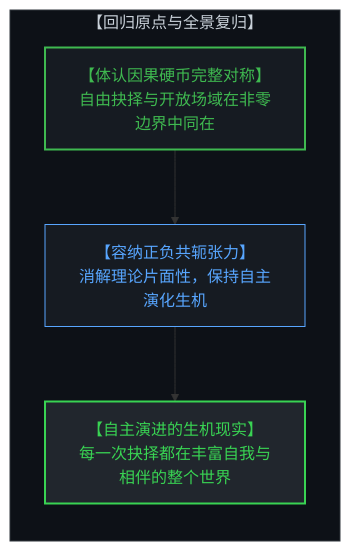
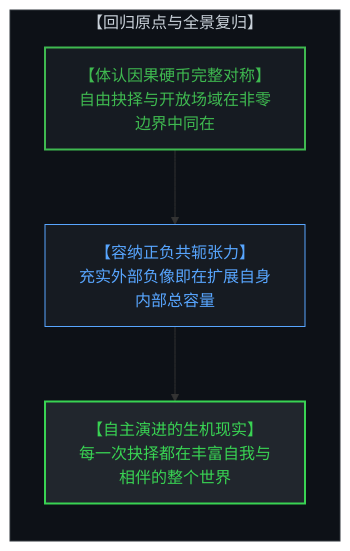
Before and after one commit to powerpig99/not-a-toe: the sixth of 6 diagrams in content/posts/the-geometry-of-coexistence-and-the-dual-cut.md, drawn with Mermaid. The commit also changed other lines of this file and 3 other files, not shown here.

````diff
--- a/content/posts/the-geometry-of-coexistence-and-the-dual-cut.md
+++ b/content/posts/the-geometry-of-coexistence-and-the-dual-cut.md
@@ -190,15 +204,15 @@
 ```mermaid
 graph TD
     subgraph GenerativeTension["【回归原点与全景复归】"]
         direction TB
         RecognizeCoPresence["【体认因果硬币完整对称】<br>自由抉择与开放场域在非零边界中同在"]
-        HoldLivingTension["【容纳正负共轭张力】<br>消解理论片面性，保持自主演化生机"]
+        HoldLivingTension["【容纳正负共轭张力】<br>充实外部负像即在扩展自身内部总容量"]
         EvolvingReality["【自主演进的生机现实】<br>每一次抉择都在丰富自我与相伴的整个世界"]
         RecognizeCoPresence --> HoldLivingTension
         HoldLivingTension --> EvolvingReality
     end
     style GenerativeTension fill:#0d1117,stroke:#30363d,stroke-width:1px,color:#c9d1d9
     style RecognizeCoPresence fill:#161b22,stroke:#3fb950,stroke-width:2px,color:#3fb950
     style HoldLivingTension fill:#161b22,stroke:#58a6ff,stroke-width:1px,color:#58a6ff
     style EvolvingReality fill:#21262d,stroke:#39d353,stroke-width:2px,color:#39d353
 ```
````
